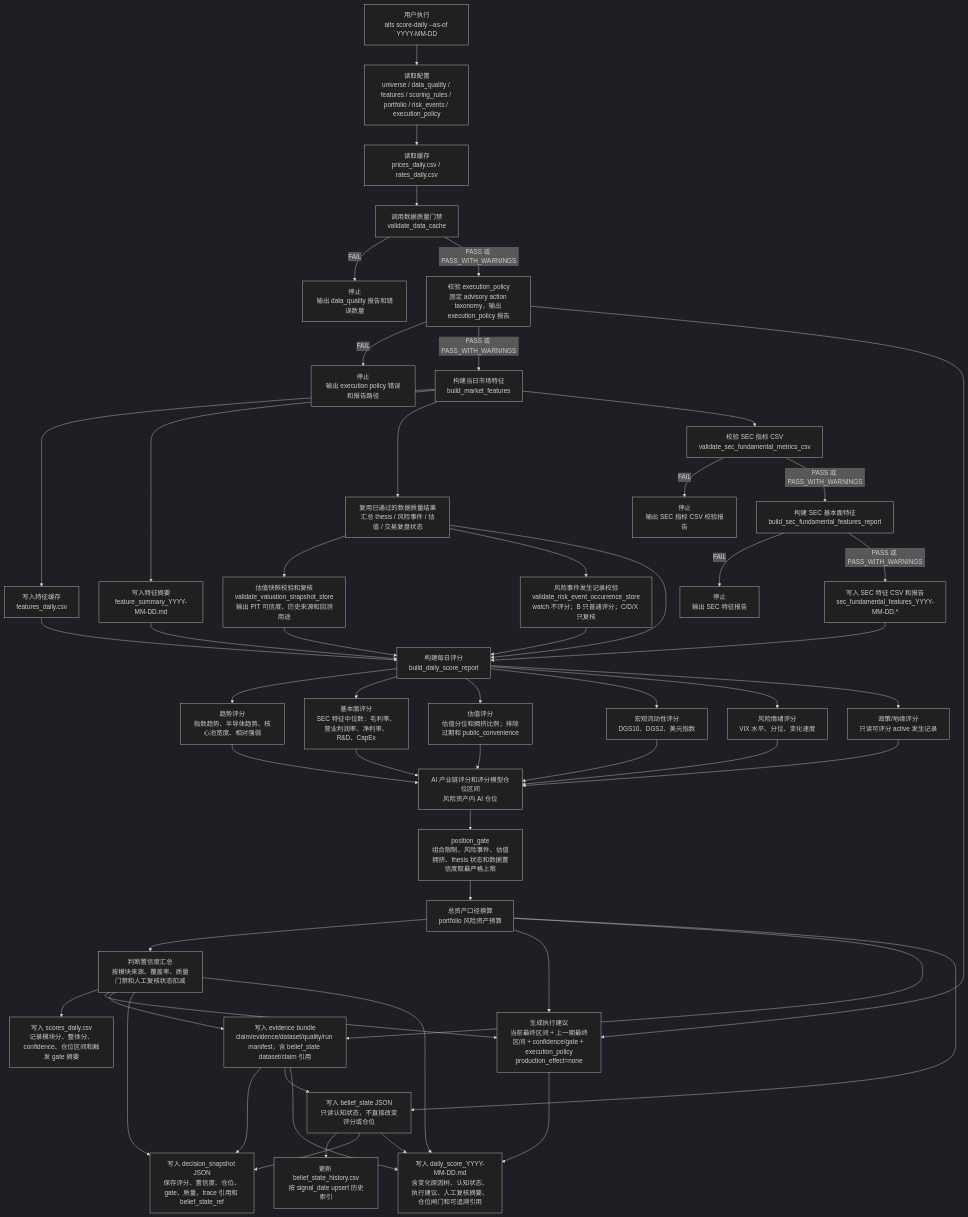
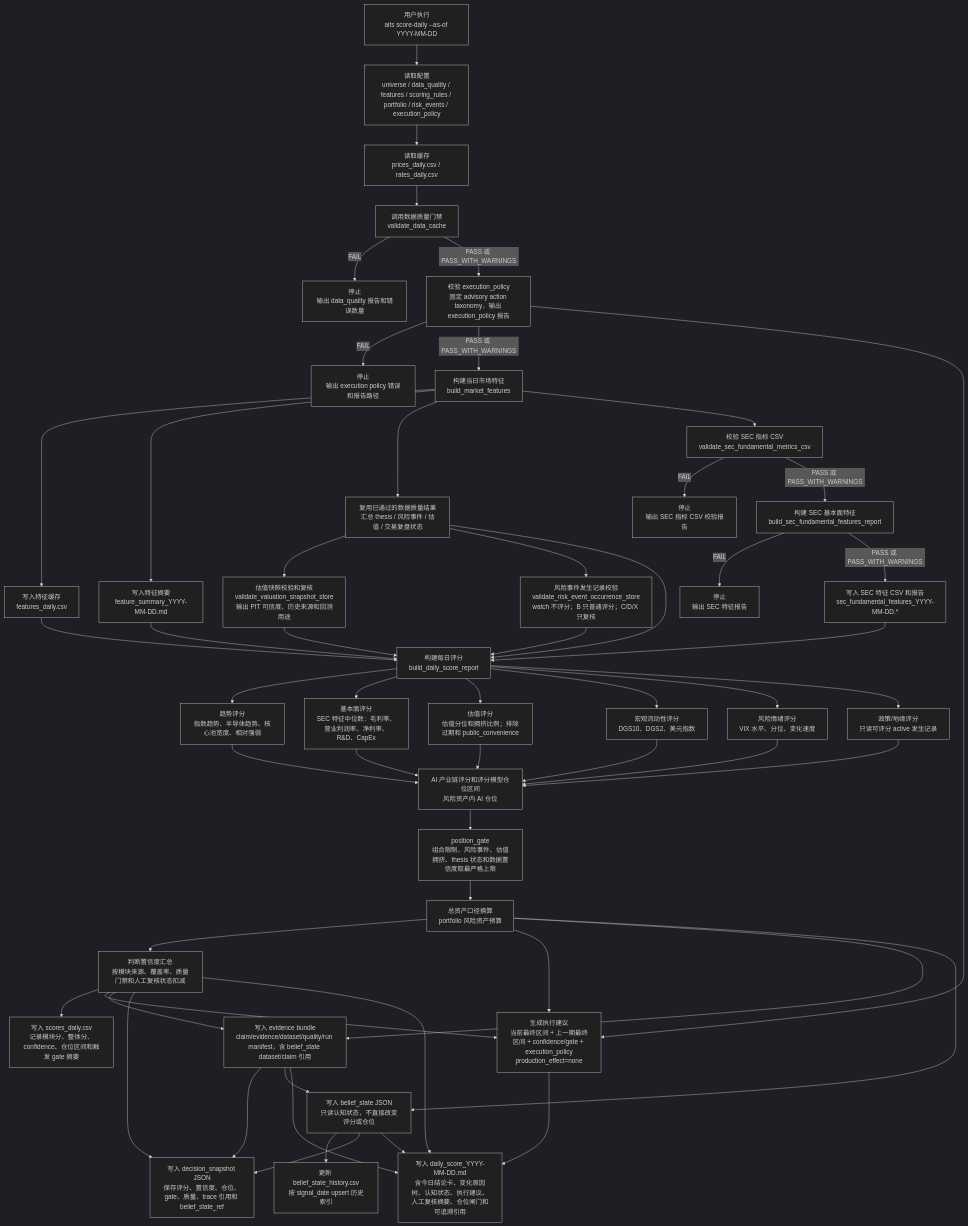
The second of 6 diagrams in docs/system_flow.md (AI-Trading-Collaboration/AITradingSystem), drawn with Mermaid (dark theme) before and after one commit. The commit also changed other lines of this file and 5 other files, not shown here.

````diff
--- a/docs/system_flow.md
+++ b/docs/system_flow.md
@@ -501,57 +501,57 @@
 ```mermaid
 flowchart TD
     A["用户执行<br/>aits score-daily --as-of YYYY-MM-DD"] --> B["读取配置<br/>universe / data_quality / features / scoring_rules / portfolio / risk_events / execution_policy"]
     B --> C["读取缓存<br/>prices_daily.csv / rates_daily.csv"]
     C --> D["调用数据质量门禁<br/>validate_data_cache"]
     D -->|FAIL| E["停止<br/>输出 data_quality 报告和错误数量"]
     D -->|PASS 或 PASS_WITH_WARNINGS| EP0["校验 execution_policy<br/>固定 advisory action taxonomy，输出 execution_policy 报告"]
     EP0 -->|FAIL| EPF["停止<br/>输出 execution policy 错误和报告路径"]
     EP0 -->|PASS 或 PASS_WITH_WARNINGS| F["构建当日市场特征<br/>build_market_features"]
     F --> G["写入特征缓存<br/>features_daily.csv"]
     F --> H["写入特征摘要<br/>feature_summary_YYYY-MM-DD.md"]
     F --> R["复用已通过的数据质量结果<br/>汇总 thesis / 风险事件 / 估值 / 交易复盘状态"]
     R --> V1["估值快照校验和复核<br/>validate_valuation_snapshot_store<br/>输出 PIT 可信度、历史来源和回测用途"]
     R --> G1["风险事件发生记录校验<br/>validate_risk_event_occurrence_store<br/>watch 不评分；B 只普通评分；C/D/X 只复核"]
     F --> S1["校验 SEC 指标 CSV<br/>validate_sec_fundamental_metrics_csv"]
     S1 -->|FAIL| S2["停止<br/>输出 SEC 指标 CSV 校验报告"]
     S1 -->|PASS 或 PASS_WITH_WARNINGS| S3["构建 SEC 基本面特征<br/>build_sec_fundamental_features_report"]
     S3 -->|FAIL| S4["停止<br/>输出 SEC 特征报告"]
     S3 -->|PASS 或 PASS_WITH_WARNINGS| S5["写入 SEC 特征 CSV 和报告<br/>sec_fundamental_features_YYYY-MM-DD.*"]
     G --> I["构建每日评分<br/>build_daily_score_report"]
     H --> I
     R --> I
     V1 --> I
     G1 --> I
     S5 --> I
     I --> J["趋势评分<br/>指数趋势、半导体趋势、核心池宽度、相对强弱"]
     I --> F1["基本面评分<br/>SEC 特征中位数：毛利率、营业利润率、净利率、R&D、CapEx"]
     I --> V2["估值评分<br/>估值分位和拥挤比例；排除过期和 public_convenience"]
     I --> K["宏观流动性评分<br/>DGS10、DGS2、美元指数"]
     I --> L["风险情绪评分<br/>VIX 水平、分位、变化速度"]
     I --> M["政策/地缘评分<br/>只读可评分 active 发生记录"]
     J --> N["AI 产业链评分和评分模型仓位区间<br/>风险资产内 AI 仓位"]
     F1 --> N
     V2 --> N
     K --> N
     L --> N
     M --> N
     N --> G2["position_gate<br/>组合限制、风险事件、估值拥挤、thesis 状态和数据置信度取最严格上限"]
     G2 --> O["总资产口径换算<br/>portfolio 风险资产预算"]
     O --> C1["判断置信度汇总<br/>按模块来源、覆盖率、质量门禁和人工复核状态扣减"]
     C1 --> P["写入 scores_daily.csv<br/>记录模块分、整体分、confidence、仓位区间和触发 gate 摘要"]
     O --> EP1["生成执行建议<br/>当前最终区间 + 上一期最终区间 + confidence/gate + execution_policy<br/>production_effect=none"]
     C1 --> EP1
     EP0 --> EP1
     O --> T["写入 evidence bundle<br/>claim/evidence/dataset/quality/run manifest，含 belief_state dataset/claim 引用"]
     C1 --> T
     T --> D0["写入 decision_snapshot JSON<br/>保存评分、置信度、仓位、gate、质量、trace 引用和 belief_state_ref"]
     C1 --> D0
     O --> BS["写入 belief_state JSON<br/>只读认知状态，不直接改变评分或仓位"]
     T --> BS
     BS --> BH["更新 belief_state_history.csv<br/>按 signal_date upsert 历史索引"]
     BS --> D0
-    T --> Q["写入 daily_score_YYYY-MM-DD.md<br/>含变化原因树、认知状态、执行建议、人工复核摘要、仓位闸门和可追溯引用"]
+    T --> Q["写入 daily_score_YYYY-MM-DD.md<br/>含今日结论卡、变化原因树、认知状态、执行建议、人工复核摘要、仓位闸门和可追溯引用"]
     C1 --> Q
     BS --> Q
     EP1 --> Q
 ```
````
